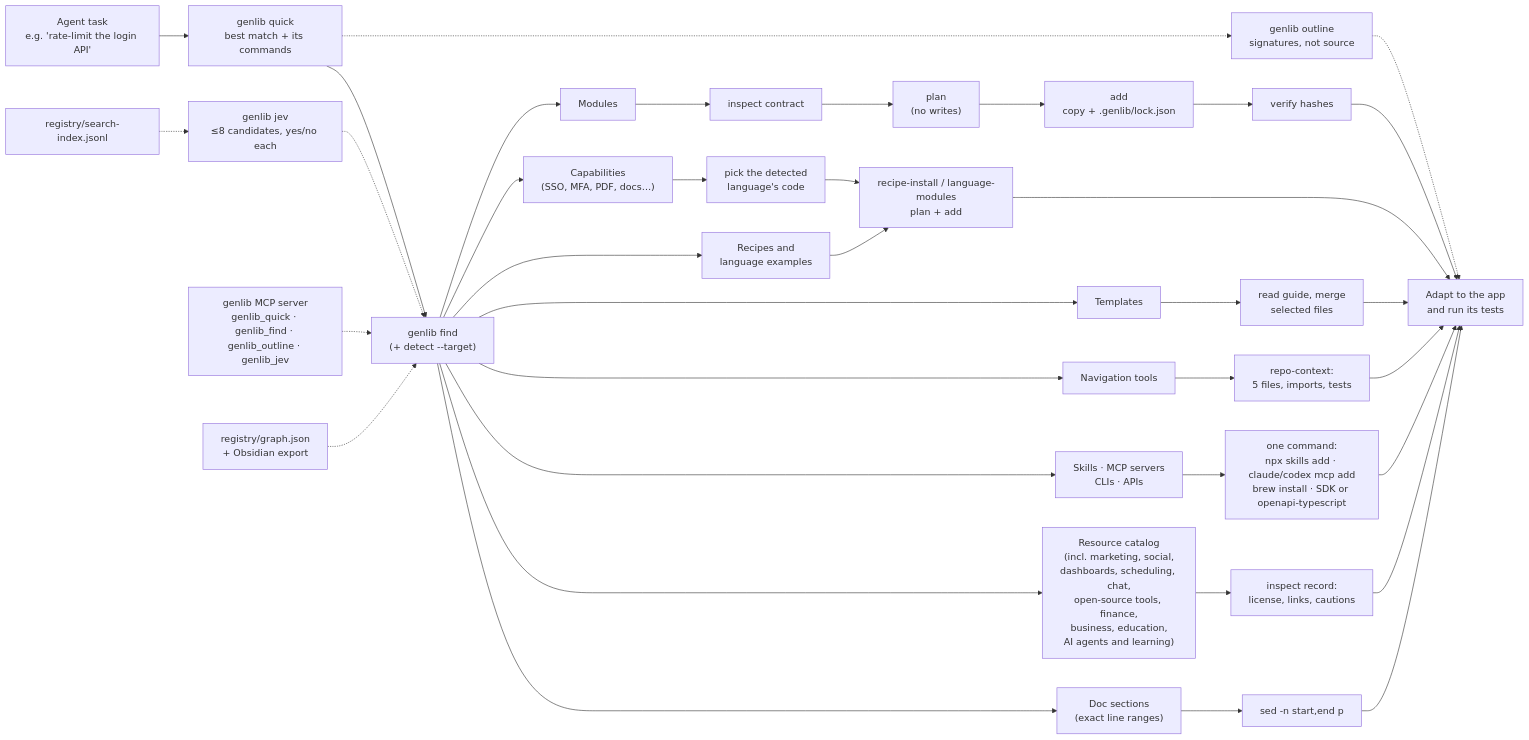
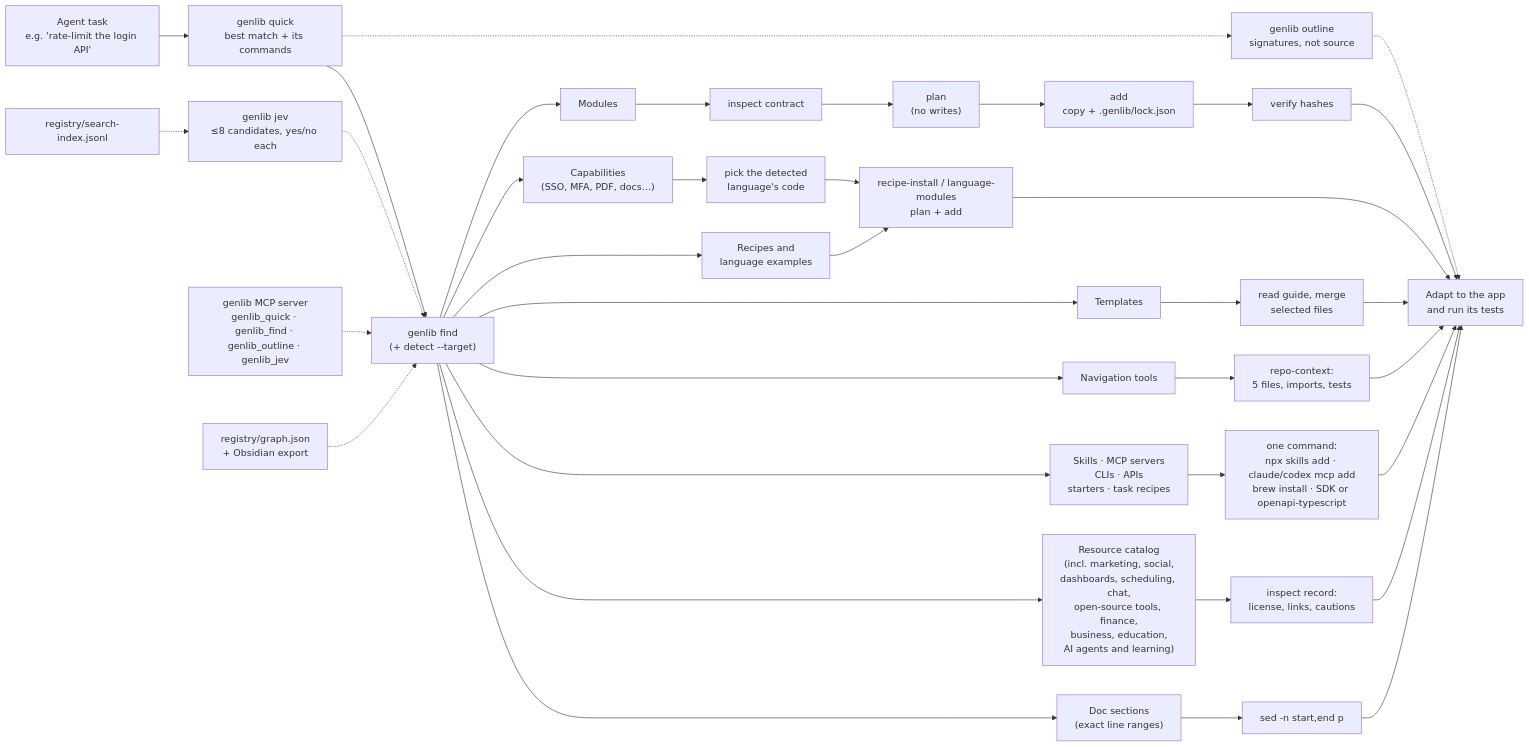
Before and after one commit to athompson83/genlib: the diagram in README.md, drawn with Mermaid. The commit also changed other lines of this file and 20 other files, not shown here.

````diff
--- a/README.md
+++ b/README.md
@@ -63,26 +63,26 @@
 ```mermaid
 flowchart LR
   Task["Agent task<br/>e.g. 'rate-limit the login API'"] --> Quick["genlib quick<br/>best match + its commands"]
   Quick --> Find["genlib find<br/>(+ detect --target)"]
   Quick -.-> Outline["genlib outline<br/>signatures, not source"] -.-> App
   Find --> C["Capabilities<br/>(SSO, MFA, PDF, docs…)"]
   Find --> M["Modules"]
   Find --> R["Recipes and<br/>language examples"]
   Find --> T["Templates"]
   Find --> N["Navigation tools"]
-  Find --> S["Skills · MCP servers<br/>CLIs · APIs"]
+  Find --> S["Skills · MCP servers<br/>CLIs · APIs<br/>starters · task recipes"]
   Find --> X["Resource catalog<br/>(incl. marketing, social,<br/>dashboards, scheduling, chat,<br/>open-source tools, finance,<br/>business, education,<br/>AI agents and learning)"]
   Find --> D["Doc sections<br/>(exact line ranges)"]
   Jev["genlib jev<br/>≤8 candidates, yes/no each"] -.-> Find
   Index["registry/search-index.jsonl"] -.-> Jev
   MCP["genlib MCP server<br/>genlib_quick · genlib_find · genlib_outline · genlib_jev"] -.-> Find
   Graph["registry/graph.json<br/>+ Obsidian export"] -.-> Find
   M --> Inspect["inspect contract"] --> Plan["plan<br/>(no writes)"] --> Add["add<br/>copy + .genlib/lock.json"] --> Verify["verify hashes"] --> App["Adapt to the app<br/>and run its tests"]
   C --> Lang["pick the detected<br/>language's code"] --> Copy
   R --> Copy["recipe-install / language-modules<br/>plan + add"] --> App
   T --> Merge["read guide, merge<br/>selected files"] --> App
   N --> Context["repo-context:<br/>5 files, imports, tests"] --> App
   S --> SkillAdd["one command:<br/>npx skills add · claude/codex mcp add<br/>brew install · SDK or openapi-typescript"] --> App
   X --> Adopt["inspect record:<br/>license, links, cautions"] --> App
   D --> Section["sed -n start,end p"] --> App
 ```
````
